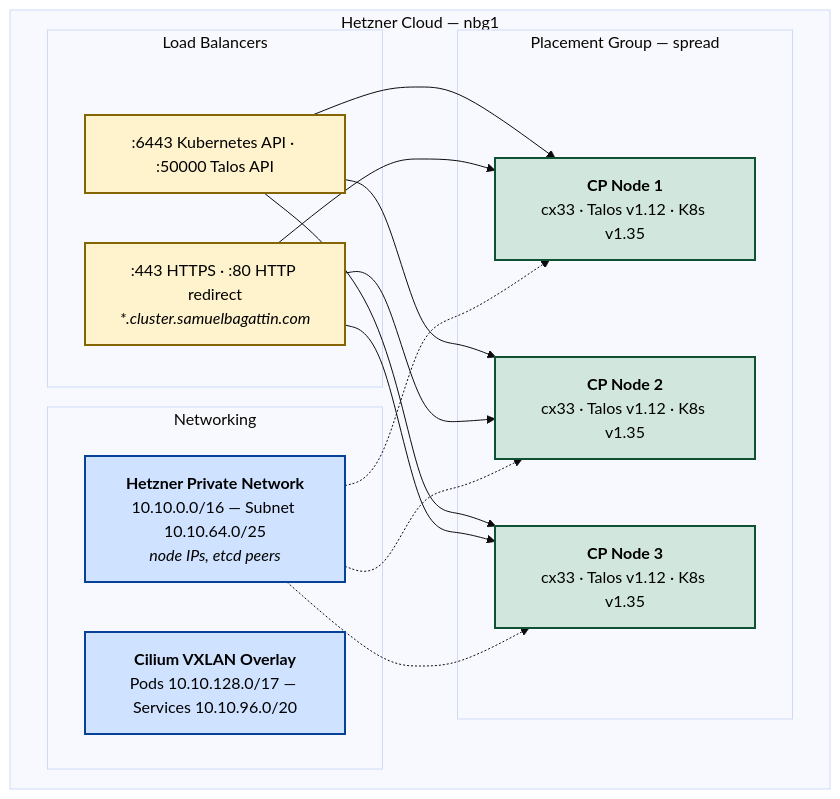
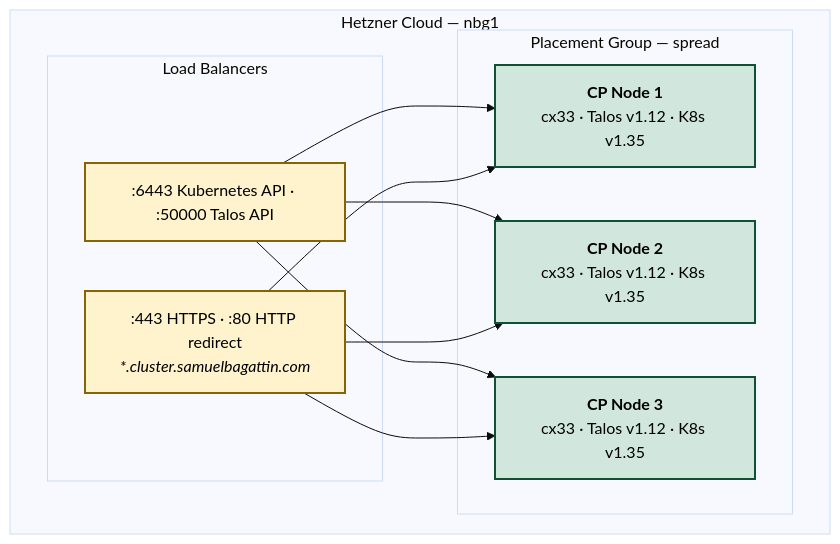
The second of 3 diagrams in README.md (SamuelBagattin/talos-hetzner-capi), drawn with Mermaid (base theme) before and after one commit.

Commit message:
docs: remove networking subgraph from infrastructure diagram

````diff
--- a/README.md
+++ b/README.md
@@ -54,28 +54,21 @@
 ```mermaid
 flowchart TD
     classDef lbStyle fill:#fff3cd,stroke:#856404,stroke-width:2px,color:#000
-    classDef netStyle fill:#cfe2ff,stroke:#084298,stroke-width:2px,color:#000
     classDef nodeStyle fill:#d1e7dd,stroke:#0f5132,stroke-width:2px,color:#000
 
     subgraph hetzner["Hetzner Cloud — nbg1"]
         subgraph lb["Load Balancers"]
             cplb[":6443 Kubernetes API · :50000 Talos API"]:::lbStyle
             envoylb[":443 HTTPS · :80 HTTP redirect<br/><i>*.cluster.samuelbagattin.com</i>"]:::lbStyle
-        end
-
-        subgraph network["Networking"]
-            privnet["<b>Hetzner Private Network</b><br/>10.10.0.0/16 — Subnet 10.10.64.0/25<br/><i>node IPs, etcd peers</i>"]:::netStyle
-            overlay["<b>Cilium VXLAN Overlay</b><br/>Pods 10.10.128.0/17 — Services 10.10.96.0/20"]:::netStyle
         end
 
         subgraph nodes["Placement Group — spread"]
             node1["<b>CP Node 1</b><br/>cx33 · Talos v1.12 · K8s v1.35"]:::nodeStyle
             node2["<b>CP Node 2</b><br/>cx33 · Talos v1.12 · K8s v1.35"]:::nodeStyle
             node3["<b>CP Node 3</b><br/>cx33 · Talos v1.12 · K8s v1.35"]:::nodeStyle
         end
     end
 
     cplb --> node1 & node2 & node3
     envoylb --> node1 & node2 & node3
-    privnet -.-> node1 & node2 & node3
 ```
````
